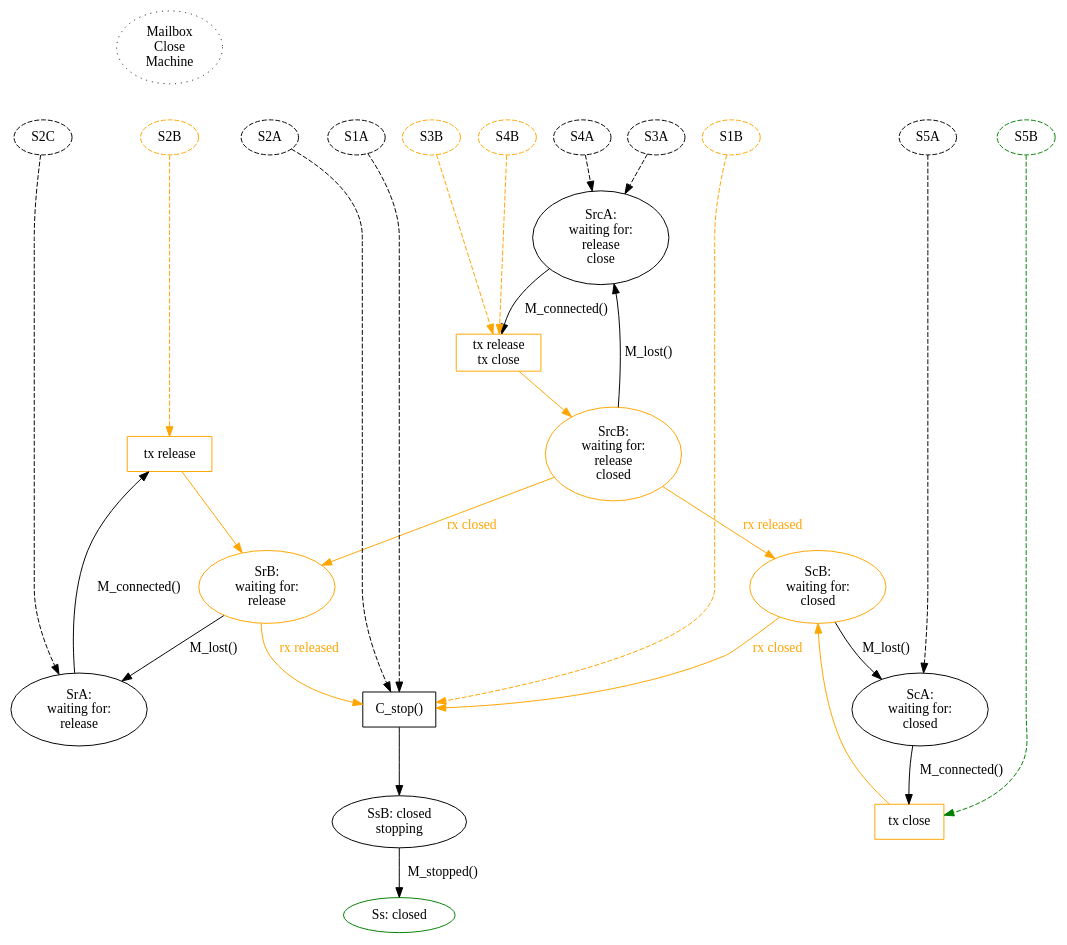
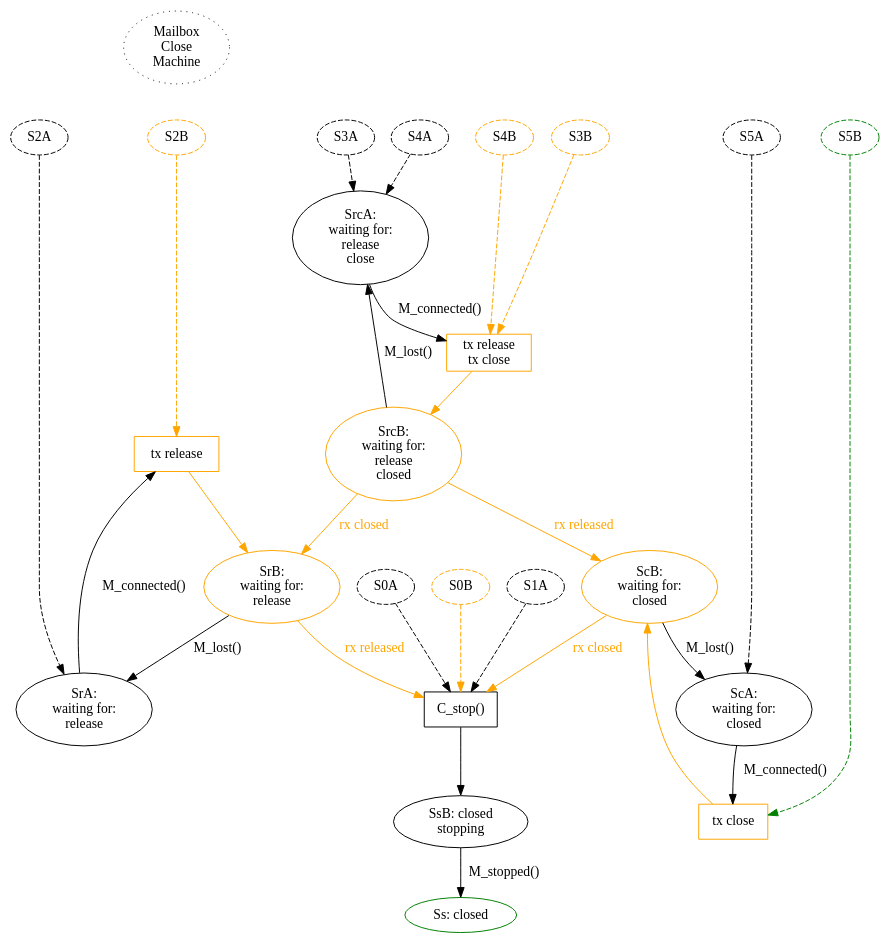
One commit to magic-wormhole/magic-wormhole changed the diagram in docs/w3.dot. Above: the diagram before and after it, drawn with Graphviz. The commit also changed 4 other files, not shown here.

```diff
--- a/docs/w3.dot
+++ b/docs/w3.dot
@@ -1,74 +1,73 @@
 digraph {
         /* M_close pathways */
         MC_title [label="Mailbox\nClose\nMachine" style="dotted"]
         MC_title -> MC_S2B [style="invis"]
 
         /* All dashed states are from the main Mailbox Machine diagram, and
         all dashed lines indicate M_close() pathways in from those states.
         Within this graph, all M_close() events leave the state unchanged. */
 
         MC_SrA [label="SrA:\nwaiting for:\nrelease"]
         MC_SrA -> MC_Pr [label="M_connected()"]
         MC_Pr [shape="box" label="tx release" color="orange"]
         MC_Pr -> MC_SrB [color="orange"]
         MC_SrB [label="SrB:\nwaiting for:\nrelease" color="orange"]
         MC_SrB -> MC_SrA [label="M_lost()"]
         MC_SrB -> MC_P_stop [label="rx released" color="orange" fontcolor="orange"]
 
         MC_ScA [label="ScA:\nwaiting for:\nclosed"]
         MC_ScA -> MC_Pc [label="M_connected()"]
         MC_Pc [shape="box" label="tx close" color="orange"]
         MC_Pc -> MC_ScB [color="orange"]
         MC_ScB [label="ScB:\nwaiting for:\nclosed" color="orange"]
         MC_ScB -> MC_ScA [label="M_lost()"]
         MC_ScB -> MC_P_stop [label="rx closed" color="orange" fontcolor="orange"]
 
         MC_SrcA [label="SrcA:\nwaiting for:\nrelease\nclose"]
         MC_SrcA -> MC_Prc [label="M_connected()"]
         MC_Prc [shape="box" label="tx release\ntx close" color="orange"]
         MC_Prc -> MC_SrcB [color="orange"]
         MC_SrcB [label="SrcB:\nwaiting for:\nrelease\nclosed" color="orange"]
         MC_SrcB -> MC_SrcA [label="M_lost()"]
         MC_SrcB -> MC_ScB [label="rx released" color="orange" fontcolor="orange"]
         MC_SrcB -> MC_SrB [label="rx closed" color="orange" fontcolor="orange"]
 
 
         MC_P_stop [shape="box" label="C_stop()"]
         MC_P_stop -> MC_SsB
 
         MC_SsB -> MC_Ss [label="M_stopped()"]
         MC_SsB [label="SsB: closed\nstopping"]
 
         MC_Ss [label="Ss: closed" color="green"]
 
+        MC_S0A [label="S0A" style="dashed"]
+        MC_S0A -> MC_P_stop [style="dashed"]
+        MC_S0B [label="S0B" style="dashed" color="orange"]
+        MC_S0B -> MC_P_stop [style="dashed" color="orange"]
 
-        {rank=same; MC_S2A MC_S2B MC_S2C MC_S1A MC_S1B MC_S3A MC_S3B MC_S4A MC_S4B MC_S5A MC_S5B}
+        {rank=same; MC_S2A MC_S2B MC_S3A MC_S3B MC_S4A MC_S4B MC_S5A MC_S5B}
         MC_S1A [label="S1A" style="dashed"]
         MC_S1A -> MC_P_stop [style="dashed"]
-        MC_S1B [label="S1B" color="orange" style="dashed"]
-        MC_S1B -> MC_P_stop [style="dashed" color="orange"]
 
-        MC_S2C -> MC_S2A [style="invis"]
         MC_S2A [label="S2A" style="dashed"]
-        MC_S2A -> MC_P_stop [style="dashed"]
-        MC_S2C [label="S2C" style="dashed"]
-        MC_S2C -> MC_SrA [style="dashed"]
+        MC_S2A -> MC_SrA [style="dashed"]
         MC_S2B [label="S2B" color="orange" style="dashed"]
         MC_S2B -> MC_Pr [color="orange" style="dashed"]
 
         MC_S3A [label="S3A" style="dashed"]
         MC_S3B [label="S3B" color="orange" style="dashed"]
         MC_S3A -> MC_SrcA [style="dashed"]
         MC_S3B -> MC_Prc [color="orange" style="dashed"]
 
         MC_S4A [label="S4A" style="dashed"]
         MC_S4B [label="S4B" color="orange" style="dashed"]
         MC_S4A -> MC_SrcA [style="dashed"]
         MC_S4B -> MC_Prc [color="orange" style="dashed"]
 
         MC_S5A [label="S5A" style="dashed"]
         MC_S5B [label="S5B" color="green" style="dashed"]
         MC_S5A -> MC_ScA [style="dashed"]
         MC_S5B -> MC_Pc [style="dashed" color="green"]
 
 }
```
